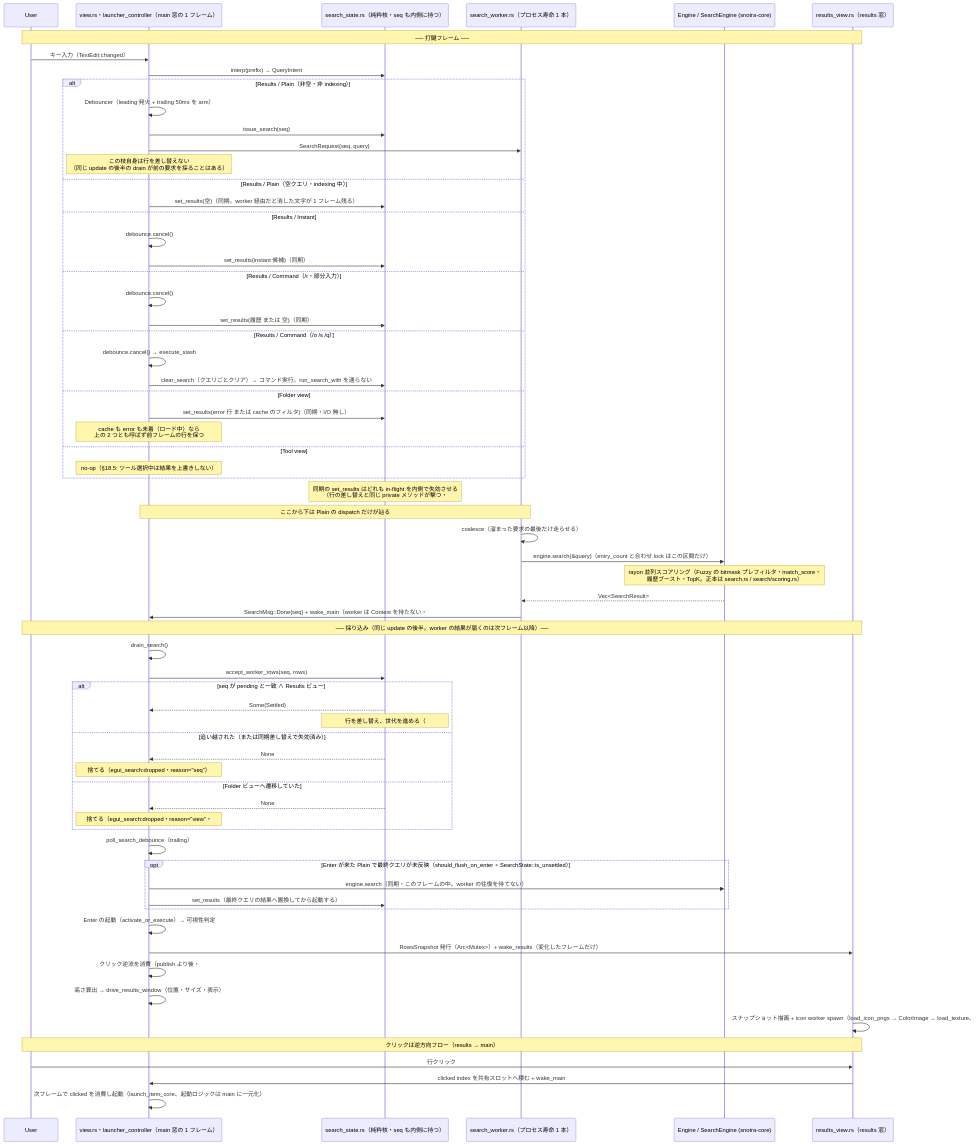
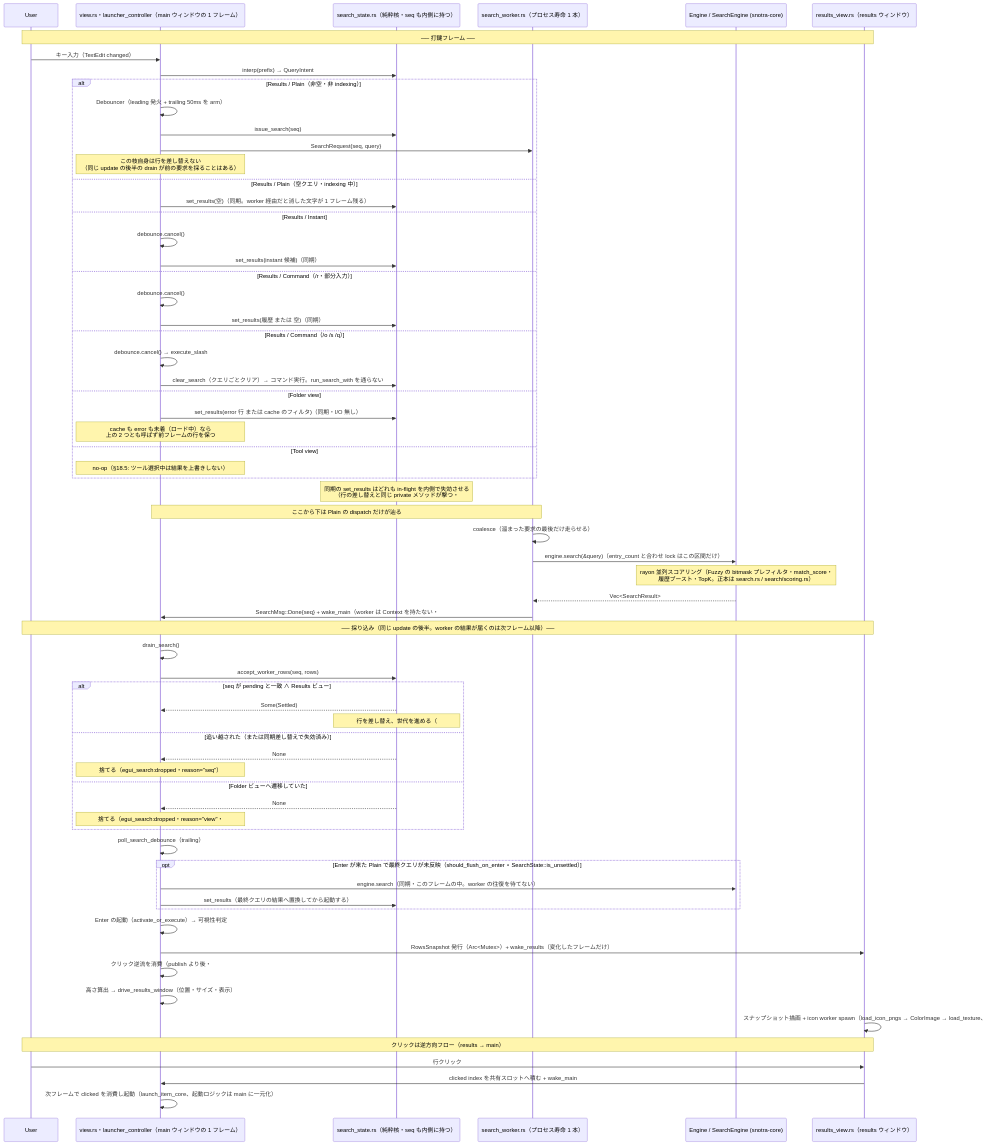
The diagram in docs/architecture.md (finelagusaz/Snotra), drawn with Mermaid before and after one commit. The commit also changed other lines of this file and 54 other files, not shown here.

````diff
--- a/docs/architecture.md
+++ b/docs/architecture.md
@@ -154,72 +154,72 @@
 ```mermaid
 sequenceDiagram
     participant User
-    participant View as view.rs・launcher_controller（main 窓の 1 フレーム）
+    participant View as view.rs・launcher_controller（main ウィンドウの 1 フレーム）
     participant State as search_state.rs（純粋核・seq も内側に持つ）
     participant W as search_worker.rs（プロセス寿命 1 本）
     participant Eng as Engine / SearchEngine (snotra-core)
-    participant Results as results_view.rs（results 窓）
+    participant Results as results_view.rs（results ウィンドウ）
 
     Note over User,Results: ── 打鍵フレーム ──
     User->>View: キー入力（TextEdit changed）
     View->>State: interp(prefix) → QueryIntent
     alt Results / Plain（非空・非 indexing）
         View->>View: Debouncer（leading 発火 + trailing 50ms を arm）
         View->>State: issue_search(seq)
         View->>W: SearchRequest{seq, query}
         Note over View: この枝自身は行を差し替えない<br/>（同じ update の後半の drain が前の要求を採ることはある）
     else Results / Plain（空クエリ・indexing 中）
         View->>State: set_results(空)（同期。worker 経由だと消した文字が 1 フレーム残る）
     else Results / Instant
         View->>View: debounce.cancel()
         View->>State: set_results(instant 候補)（同期）
     else Results / Command（/r・部分入力）
         View->>View: debounce.cancel()
         View->>State: set_results(履歴 または 空)（同期）
     else Results / Command（/o /s /q）
         View->>View: debounce.cancel() → execute_slash
         View->>State: clear_search（クエリごとクリア）→ コマンド実行。run_search_with を通らない
     else Folder view
         View->>State: set_results(error 行 または cache のフィルタ)（同期・I/O 無し）
         Note over View: cache も error も未着（ロード中）なら<br/>上の 2 つとも呼ばず前フレームの行を保つ
     else Tool view
         Note over View: no-op（§18.5: ツール選択中は結果を上書きしない）
     end
     Note over State: 同期の set_results はどれも in-flight を内側で失効させる<br/>（行の差し替えと同じ private メソッドが撃つ・#1039）
 
     Note over View,W: ここから下は Plain の dispatch だけが辿る
     W->>W: coalesce（溜まった要求の最後だけ走らせる）
     W->>Eng: engine.search(&query)（entry_count と合わせ lock はこの区間だけ）
     Note over Eng: rayon 並列スコアリング（Fuzzy の bitmask プレフィルタ・match_score・<br/>履歴ブースト・TopK。正本は search.rs / search/scoring.rs）
     Eng-->>W: Vec<SearchResult>
     W->>View: SearchMsg::Done{seq} + wake_main（worker は Context を持たない・#671 PR D）
 
     Note over User,Results: ── 採り込み（同じ update の後半。worker の結果が届くのは次フレーム以降）──
     View->>View: drain_search()
     View->>State: accept_worker_rows(seq, rows)
     alt seq が pending と一致 ∧ Results ビュー
         State-->>View: Some(Settled)
         Note over State: 行を差し替え、世代を進める（#699）
     else 追い越された（または同期差し替えで失効済み）
         State-->>View: None
         Note over View: 捨てる（egui_search:dropped・reason="seq"）
     else Folder ビューへ遷移していた
         State-->>View: None
         Note over View: 捨てる（egui_search:dropped・reason="view"・#1039）<br/>Tool も同じガードが弾くが、enter_tool が先に失効させるので到達しない
     end
     View->>View: poll_search_debounce（trailing）
     opt Enter が来た Plain で最終クエリが未反映（should_flush_on_enter ∘ SearchState::is_unsettled）
         View->>Eng: engine.search（同期・このフレームの中。worker の往復を待てない）
         View->>State: set_results（最終クエリの結果へ置換してから起動する）
     end
     View->>View: Enter の起動（activate_or_execute）→ 可視性判定
     View->>Results: RowsSnapshot 発行（Arc<Mutex>）+ wake_results（変化したフレームだけ）
     View->>View: クリック逆流を消費（publish より後・#699）
     View->>View: 高さ算出 → drive_results_window（位置・サイズ・表示）
     Results->>Results: スナップショット描画 + icon worker spawn（load_icon_pngs → ColorImage → load_texture、#646 PR2 で view.rs から移管）
 
     Note over User,Results: クリックは逆方向フロー（results → main）
     User->>Results: 行クリック
     Results->>View: clicked index を共有スロットへ積む + wake_main
     View->>View: 次フレームで clicked を消費し起動（launch_item_core、起動ロジックは main に一元化）
 ```
````
